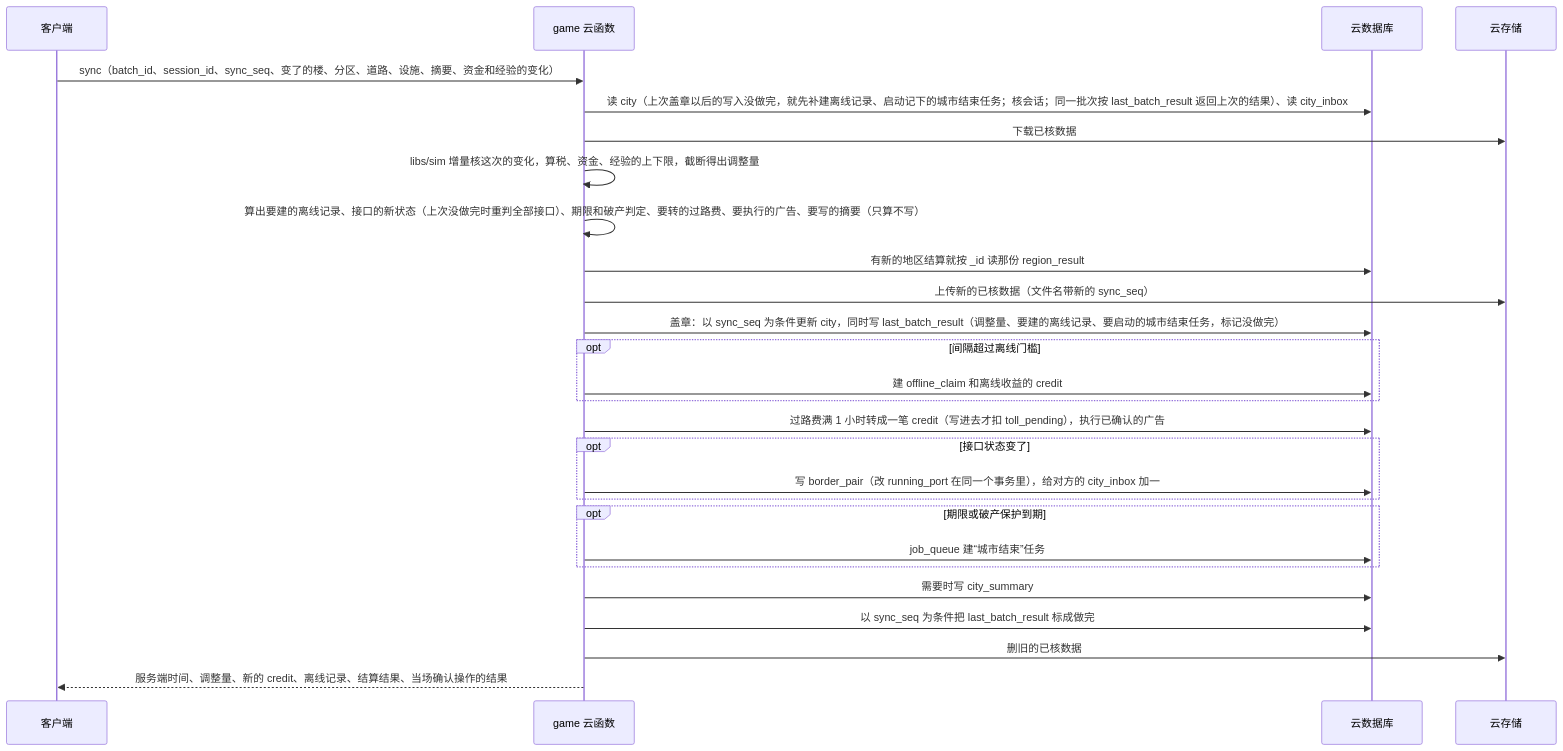
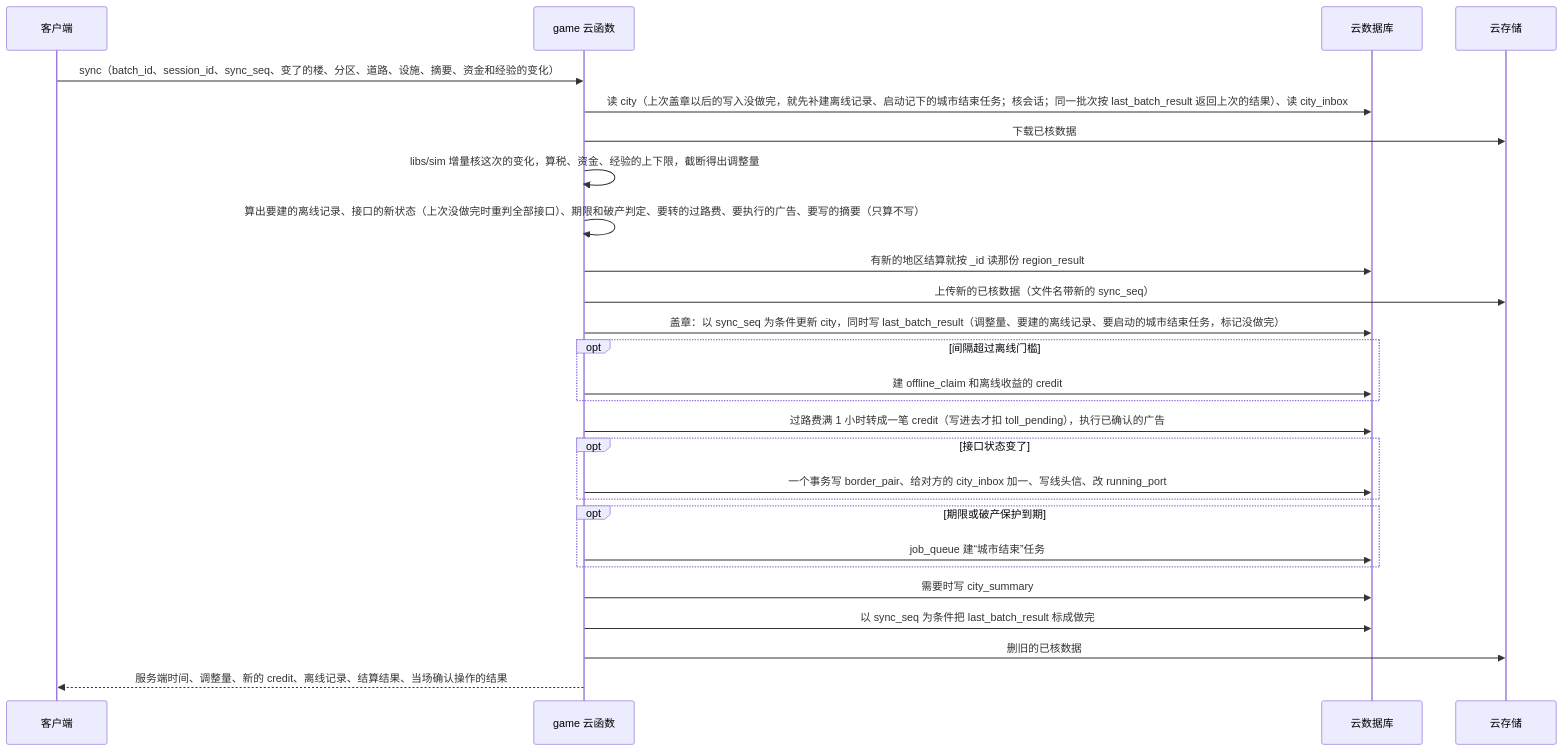
One commit to juanchaopan/city-link changed the fifth of 9 diagrams in docs/architecture/overview.md. Above: the diagram before and after it, drawn with Mermaid. The commit also changed other lines of this file and 2 other files, not shown here.

Commit message:
docs(design): 接口和通知同一事务写，重做占接口先重跑检查，结算写明经过别的地区

````diff
--- a/docs/architecture/overview.md
+++ b/docs/architecture/overview.md
@@ -159,29 +159,29 @@
 ```mermaid
 sequenceDiagram
   participant C as 客户端
   participant G as game 云函数
   participant D as 云数据库
   participant S as 云存储
   C->>G: sync（batch_id、session_id、sync_seq、变了的楼、分区、道路、设施、摘要、资金和经验的变化）
   G->>D: 读 city（上次盖章以后的写入没做完，就先补建离线记录、启动记下的城市结束任务；核会话；同一批次按 last_batch_result 返回上次的结果）、读 city_inbox
   G->>S: 下载已核数据
   G->>G: libs/sim 增量核这次的变化，算税、资金、经验的上下限，截断得出调整量
   G->>G: 算出要建的离线记录、接口的新状态（上次没做完时重判全部接口）、期限和破产判定、要转的过路费、要执行的广告、要写的摘要（只算不写）
   G->>D: 有新的地区结算就按 _id 读那份 region_result
   G->>S: 上传新的已核数据（文件名带新的 sync_seq）
   G->>D: 盖章：以 sync_seq 为条件更新 city，同时写 last_batch_result（调整量、要建的离线记录、要启动的城市结束任务，标记没做完）
   opt 间隔超过离线门槛
     G->>D: 建 offline_claim 和离线收益的 credit
   end
   G->>D: 过路费满 1 小时转成一笔 credit（写进去才扣 toll_pending），执行已确认的广告
   opt 接口状态变了
-    G->>D: 写 border_pair（改 running_port 在同一个事务里），给对方的 city_inbox 加一
+    G->>D: 一个事务写 border_pair、给对方的 city_inbox 加一、写线头信、改 running_port
   end
   opt 期限或破产保护到期
     G->>D: job_queue 建“城市结束”任务
   end
   G->>D: 需要时写 city_summary
   G->>D: 以 sync_seq 为条件把 last_batch_result 标成做完
   G->>S: 删旧的已核数据
   G-->>C: 服务端时间、调整量、新的 credit、离线记录、结算结果、当场确认操作的结果
 ```
````
